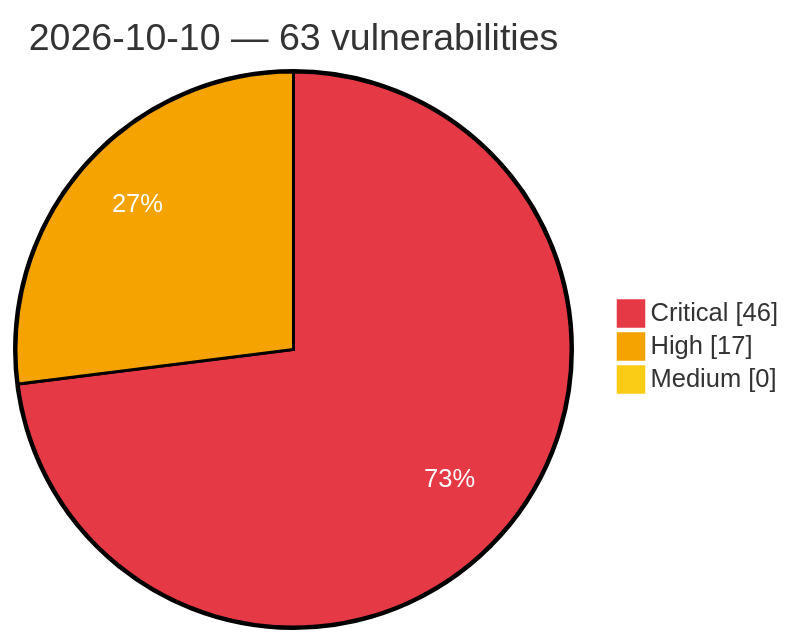
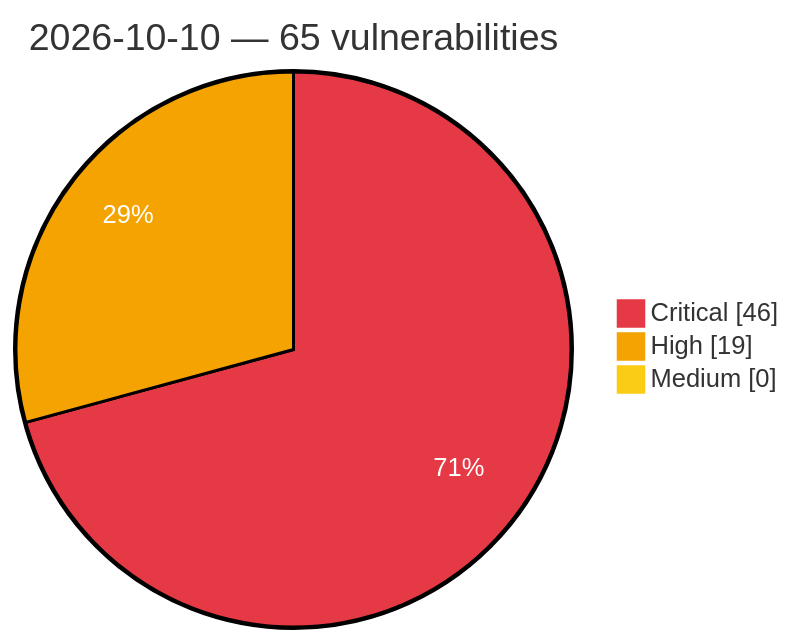
One commit to GhostX0X/vuln-tracker changed the diagram in vulnerabilities/2026/October/2026-10-10.md. Above: the diagram before and after it, drawn with Mermaid. The commit also changed other lines of this file and 5 other files, not shown here.

````diff
--- a/vulnerabilities/2026/October/2026-10-10.md
+++ b/vulnerabilities/2026/October/2026-10-10.md
@@ -3,8 +3,8 @@
 ```mermaid
 %%{init: {'theme':'base', 'themeVariables': {'pie1':'#e63946', 'pie2':'#f4a300', 'pie3':'#facc15', 'pieOpacity':'1', 'pieOuterStrokeWidth':'2px', 'pieSectionTextColor':'#ffffff'}}}%%
 pie showData
-    title 2026-10-10 — 63 vulnerabilities
+    title 2026-10-10 — 65 vulnerabilities
     "Critical" : 46
-    "High" : 17
+    "High" : 19
     "Medium" : 0
 ```
````
